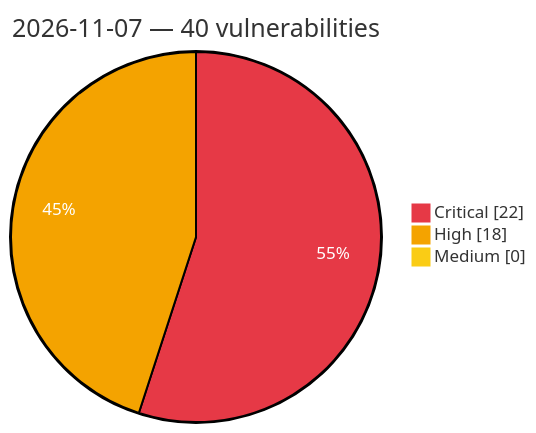
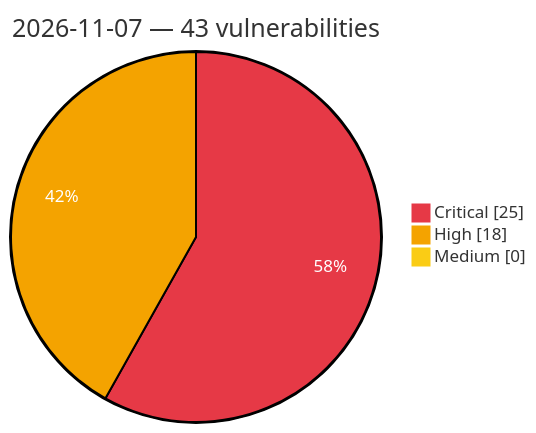
Before and after one commit to GhostX0X/vuln-tracker: the diagram in vulnerabilities/2026/November/2026-11-07.md, drawn with Mermaid. The commit also changed other lines of this file and 5 other files, not shown here.

````diff
--- a/vulnerabilities/2026/November/2026-11-07.md
+++ b/vulnerabilities/2026/November/2026-11-07.md
@@ -3,8 +3,8 @@
 ```mermaid
 %%{init: {'theme':'base', 'themeVariables': {'pie1':'#e63946', 'pie2':'#f4a300', 'pie3':'#facc15', 'pieOpacity':'1', 'pieOuterStrokeWidth':'2px', 'pieSectionTextColor':'#ffffff'}}}%%
 pie showData
-    title 2026-11-07 — 40 vulnerabilities
-    "Critical" : 22
+    title 2026-11-07 — 43 vulnerabilities
+    "Critical" : 25
     "High" : 18
     "Medium" : 0
 ```
````
